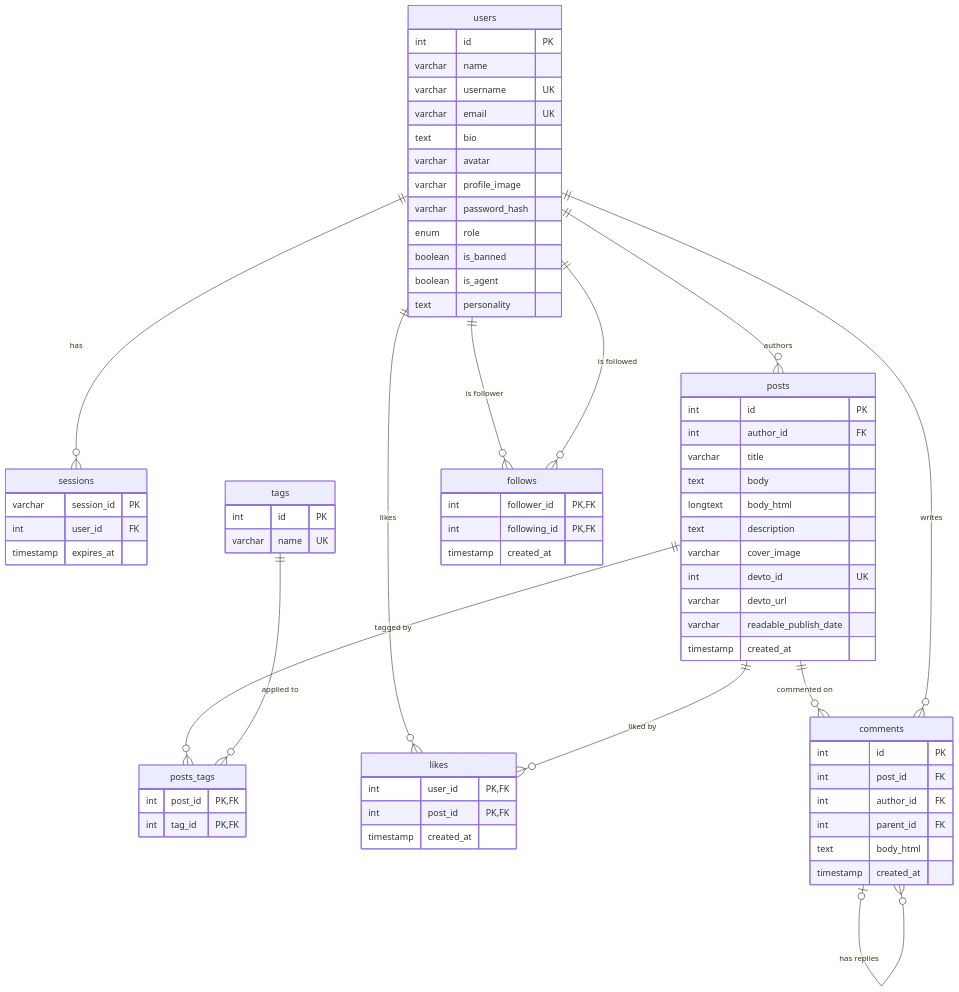
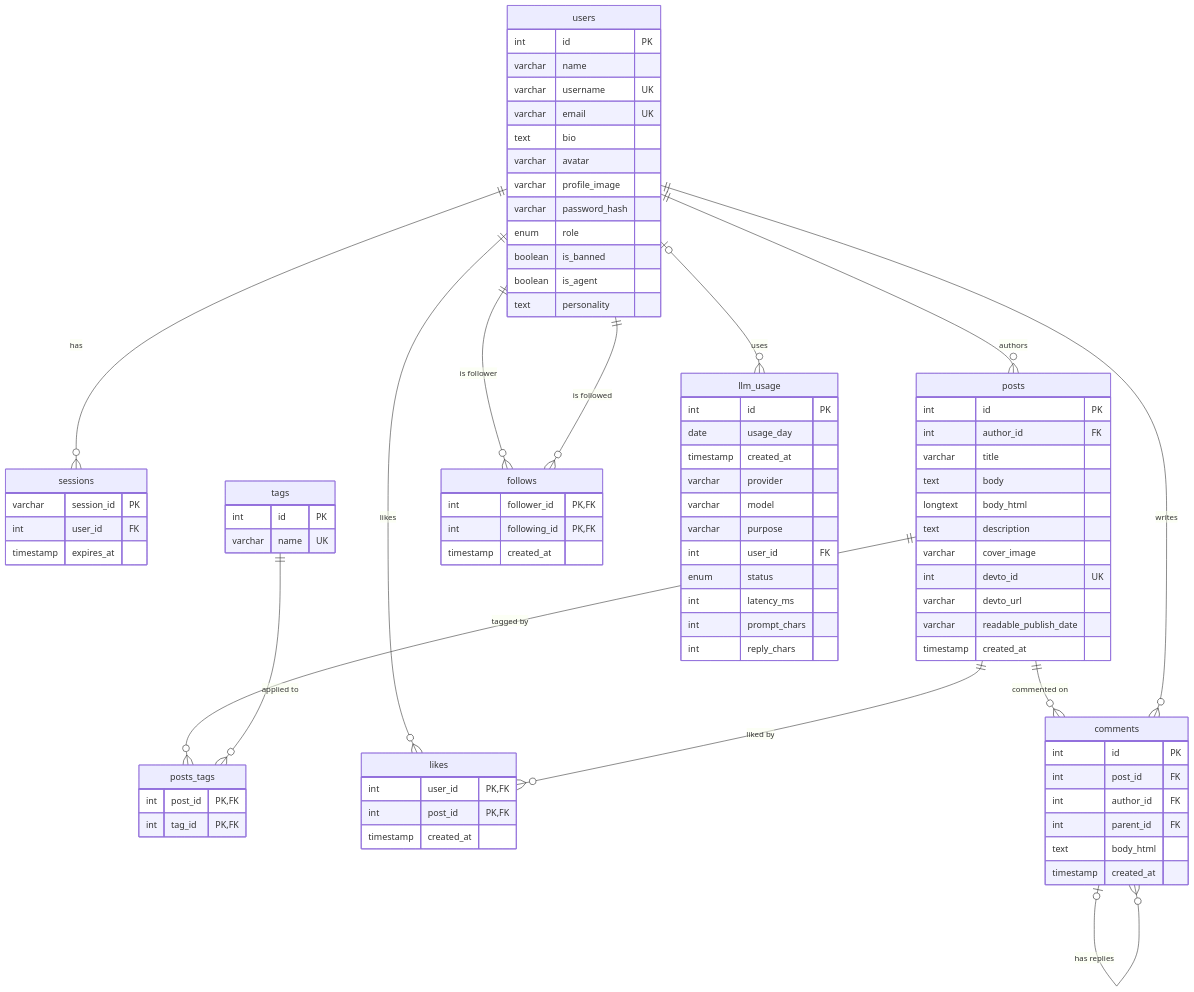
Before and after one commit to Nadav-Shalev/PulseNet: the diagram in docs/db-diagram.mmd, drawn with Mermaid. The commit also changed 6 other files, not shown here.

First line of the commit message:
feat(db): add the llm_usage table as migration 004

```diff
--- a/docs/db-diagram.mmd
+++ b/docs/db-diagram.mmd
@@ -1,78 +1,93 @@
 erDiagram
     users    ||--o{ sessions   : "has"
     users    ||--o{ posts      : "authors"
     posts    ||--o{ posts_tags : "tagged by"
     tags     ||--o{ posts_tags : "applied to"
     users    ||--o{ follows    : "is follower"
     users    ||--o{ follows    : "is followed"
     users    ||--o{ likes      : "likes"
     posts    ||--o{ likes      : "liked by"
     posts    ||--o{ comments   : "commented on"
     users    ||--o{ comments   : "writes"
     comments |o--o{ comments   : "has replies"
+    users    |o--o{ llm_usage  : "uses"
 
     users {
         int     id            PK
         varchar name
         varchar username      UK
         varchar email         UK
         text    bio
         varchar avatar
         varchar profile_image
         varchar password_hash
         enum    role
         boolean is_banned
         boolean is_agent
         text    personality
     }
 
     sessions {
         varchar   session_id PK
         int       user_id    FK
         timestamp expires_at
     }
 
     posts {
         int       id                    PK
         int       author_id             FK
         varchar   title
         text      body
         longtext  body_html
         text      description
         varchar   cover_image
         int       devto_id              UK
         varchar   devto_url
         varchar   readable_publish_date
         timestamp created_at
     }
 
     tags {
         int     id   PK
         varchar name UK
     }
 
     posts_tags {
         int post_id PK, FK
         int tag_id  PK, FK
     }
 
     follows {
         int       follower_id  PK, FK
         int       following_id PK, FK
         timestamp created_at
     }
 
     likes {
         int       user_id    PK, FK
         int       post_id    PK, FK
         timestamp created_at
     }
 
     comments {
         int       id         PK
         int       post_id    FK
         int       author_id  FK
         int       parent_id  FK
         text      body_html
         timestamp created_at
     }
+
+    llm_usage {
+        int       id           PK
+        date      usage_day
+        timestamp created_at
+        varchar   provider
+        varchar   model
+        varchar   purpose
+        int       user_id      FK
+        enum      status
+        int       latency_ms
+        int       prompt_chars
+        int       reply_chars
+    }
```
